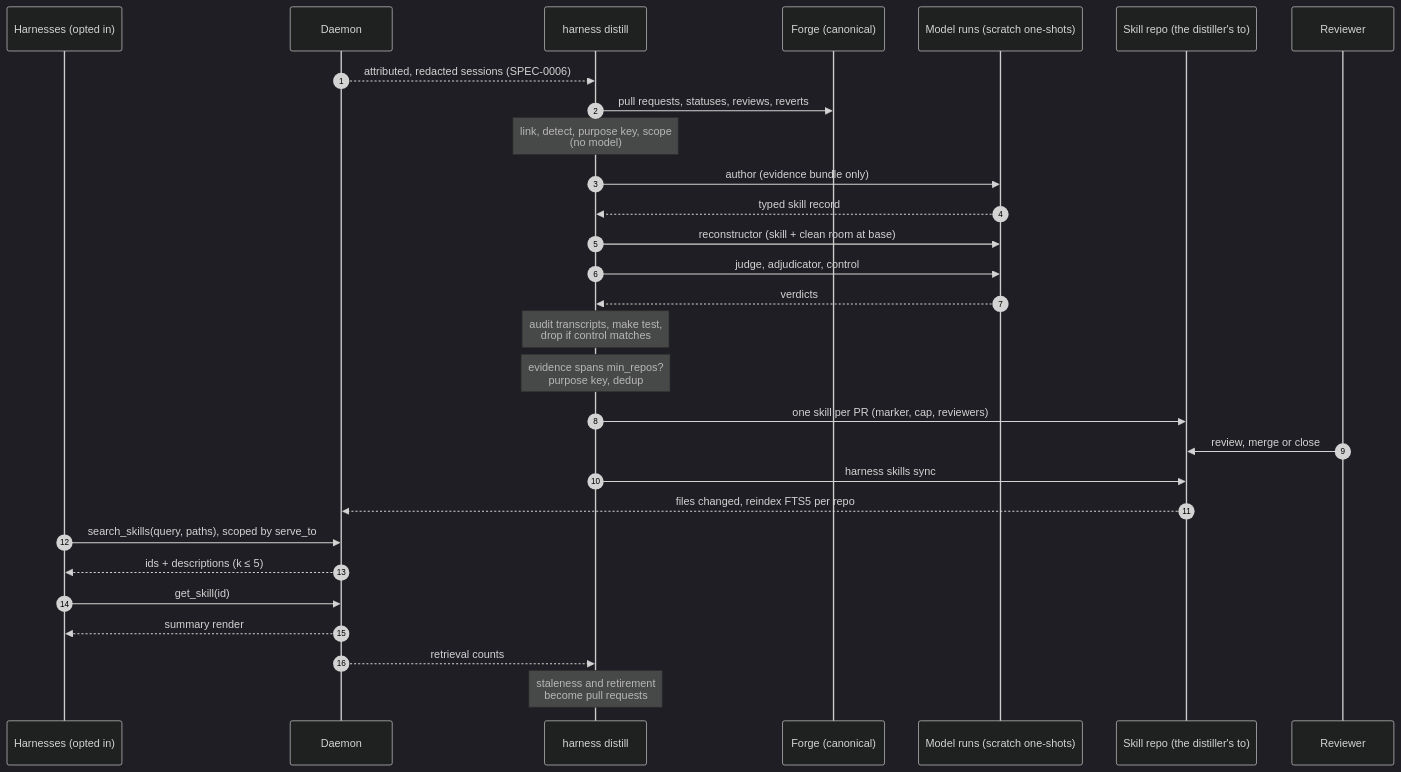
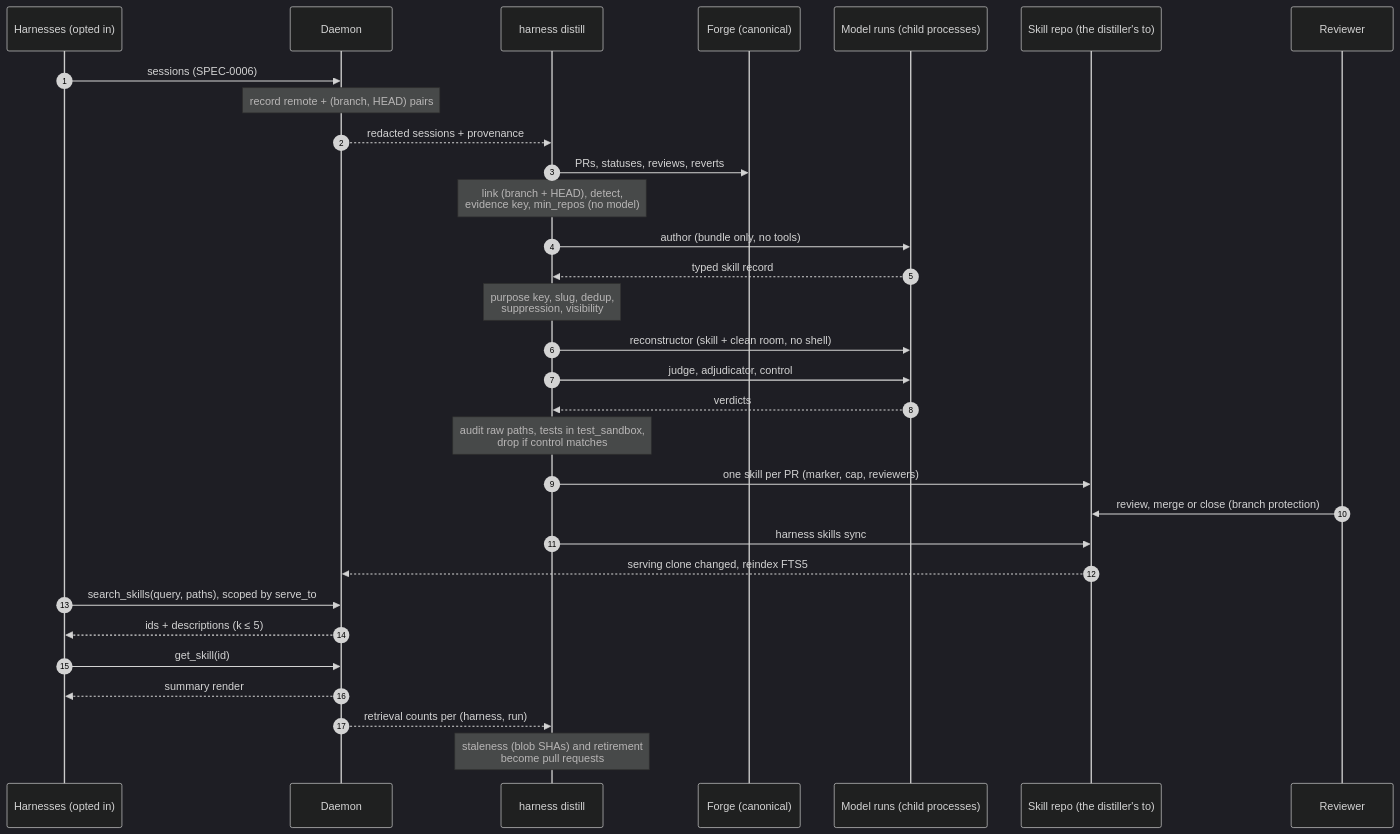
One commit to stump-wtf/harness changed the diagram in docs/openspec/specs/skill-distillation/design.md. Above: the diagram before and after it, drawn with Mermaid (dark theme). The commit also changed other lines of this file and 7 other files, not shown here.

First line of the commit message:
docs(adr,spec): resolve the full ADR-0030 review on top of 4176c52

````diff
--- a/docs/openspec/specs/skill-distillation/design.md
+++ b/docs/openspec/specs/skill-distillation/design.md
@@ -253,32 +266,34 @@
 ```mermaid
 sequenceDiagram
     autonumber
     participant H as Harnesses (opted in)
     participant D as Daemon
     participant X as harness distill
     participant F as Forge (canonical)
-    participant M as Model runs (scratch one-shots)
+    participant M as Model runs (child processes)
     participant L as Skill repo (the distiller's to)
     participant R as Reviewer
 
-    D-->>X: attributed, redacted sessions (SPEC-0006)
-    X->>F: pull requests, statuses, reviews, reverts
-    Note over X: link, detect, purpose key, scope<br/>(no model)
-    X->>M: author (evidence bundle only)
+    H->>D: sessions (SPEC-0006)
+    Note over D: record remote + (branch, HEAD) pairs
+    D-->>X: redacted sessions + provenance
+    X->>F: PRs, statuses, reviews, reverts
+    Note over X: link (branch + HEAD), detect,<br/>evidence key, min_repos (no model)
+    X->>M: author (bundle only, no tools)
     M-->>X: typed skill record
-    X->>M: reconstructor (skill + clean room at base)
+    Note over X: purpose key, slug, dedup,<br/>suppression, visibility
+    X->>M: reconstructor (skill + clean room, no shell)
     X->>M: judge, adjudicator, control
     M-->>X: verdicts
-    Note over X: audit transcripts, make test,<br/>drop if control matches
-    Note over X: evidence spans min_repos?<br/>purpose key, dedup
+    Note over X: audit raw paths, tests in test_sandbox,<br/>drop if control matches
     X->>L: one skill per PR (marker, cap, reviewers)
-    R->>L: review, merge or close
+    R->>L: review, merge or close (branch protection)
     X->>L: harness skills sync
-    L-->>D: files changed, reindex FTS5 per repo
+    L-->>D: serving clone changed, reindex FTS5
     H->>D: search_skills(query, paths), scoped by serve_to
     D-->>H: ids + descriptions (k ≤ 5)
     H->>D: get_skill(id)
     D-->>H: summary render
-    D-->>X: retrieval counts
-    Note over X: staleness and retirement<br/>become pull requests
+    D-->>X: retrieval counts per (harness, run)
+    Note over X: staleness (blob SHAs) and retirement<br/>become pull requests
 ```
````
